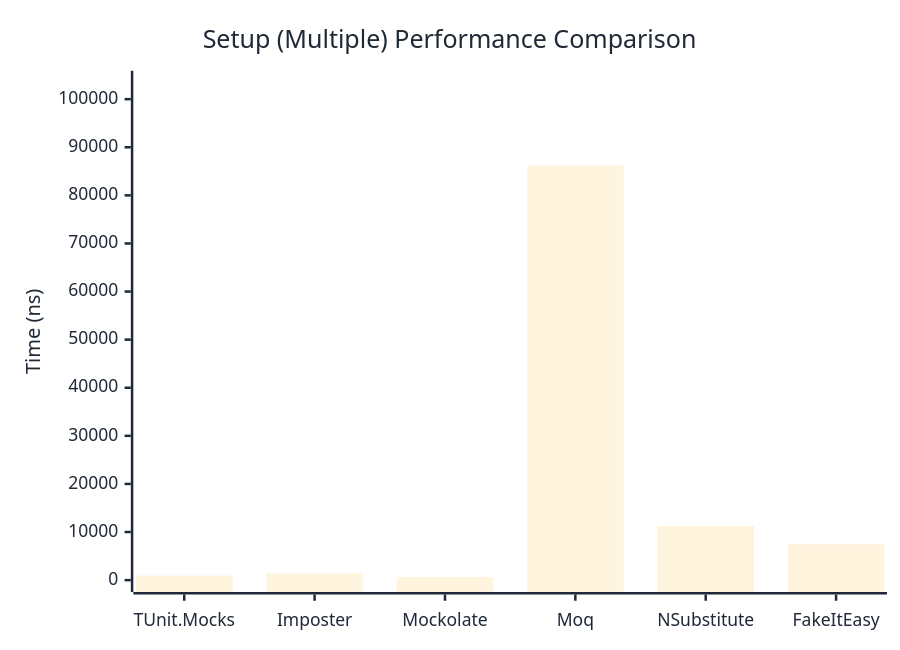
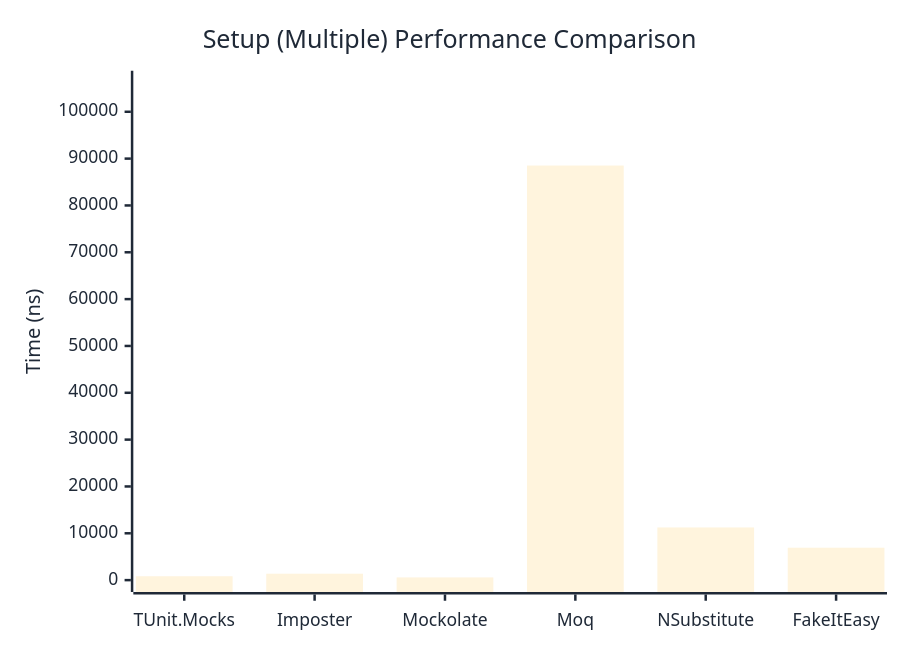
Before and after one commit to thomhurst/TUnit: the second of 2 diagrams in docs/docs/benchmarks/mocks/Setup.md, drawn with Mermaid. The commit also changed other lines of this file and 14 other files, not shown here.

````diff
--- a/docs/docs/benchmarks/mocks/Setup.md
+++ b/docs/docs/benchmarks/mocks/Setup.md
@@ -71,27 +71,27 @@
 ```mermaid
 %%{init: {
   'theme':'base',
   'themeVariables': {
     'primaryColor': '#2563eb',
     'primaryTextColor': '#1f2937',
     'primaryBorderColor': '#1e40af',
     'lineColor': '#6b7280',
     'secondaryColor': '#7c3aed',
     'tertiaryColor': '#dc2626',
     'background': '#ffffff',
     'pie1': '#2563eb',
     'pie2': '#7c3aed',
     'pie3': '#dc2626',
     'pie4': '#f59e0b',
     'pie5': '#10b981',
     'pie6': '#06b6d4',
     'pie7': '#ec4899',
     'pie8': '#6366f1'
   }
 }}%%
 xychart-beta
   title "Setup (Multiple) Performance Comparison"
   x-axis ["TUnit.Mocks", "Imposter", "Mockolate", "Moq", "NSubstitute", "FakeItEasy"]
-  y-axis "Time (ns)" 0 --> 103440
-  bar [948.2, 1432.8, 618, 86199.4, 11248.5, 7494.7]
+  y-axis "Time (ns)" 0 --> 106225
+  bar [828.4, 1370.1, 578.4, 88520.8, 11247.3, 6923.3]
 ```
````
